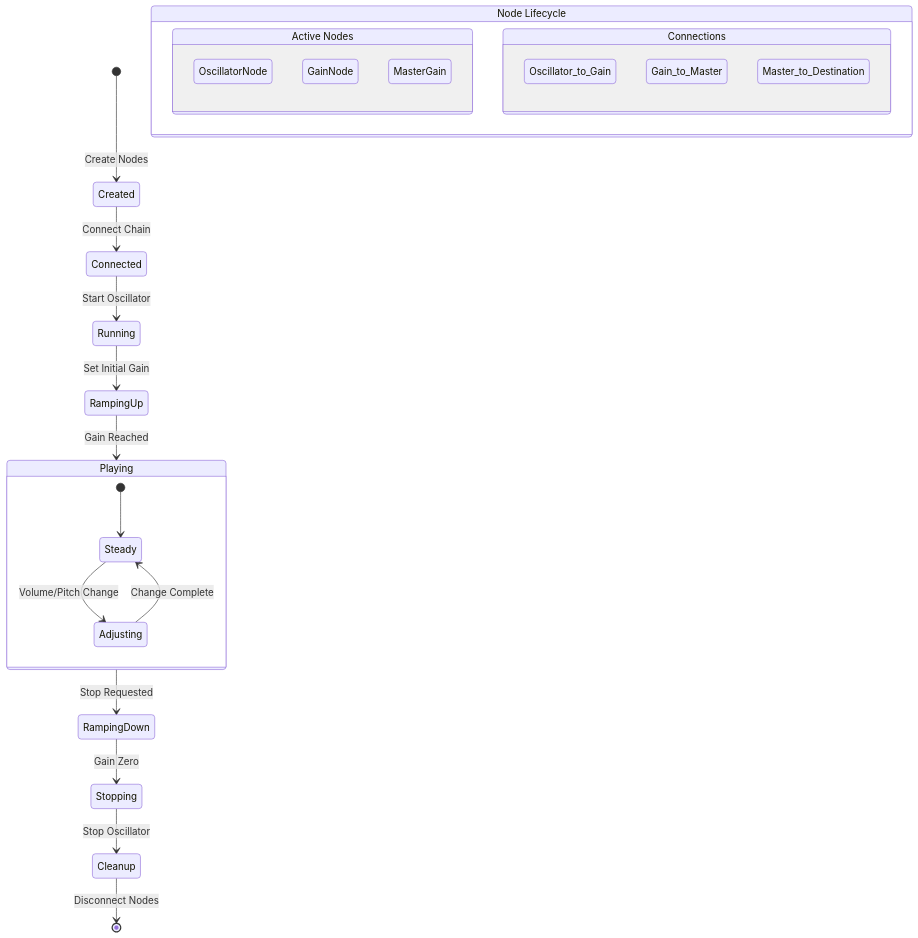
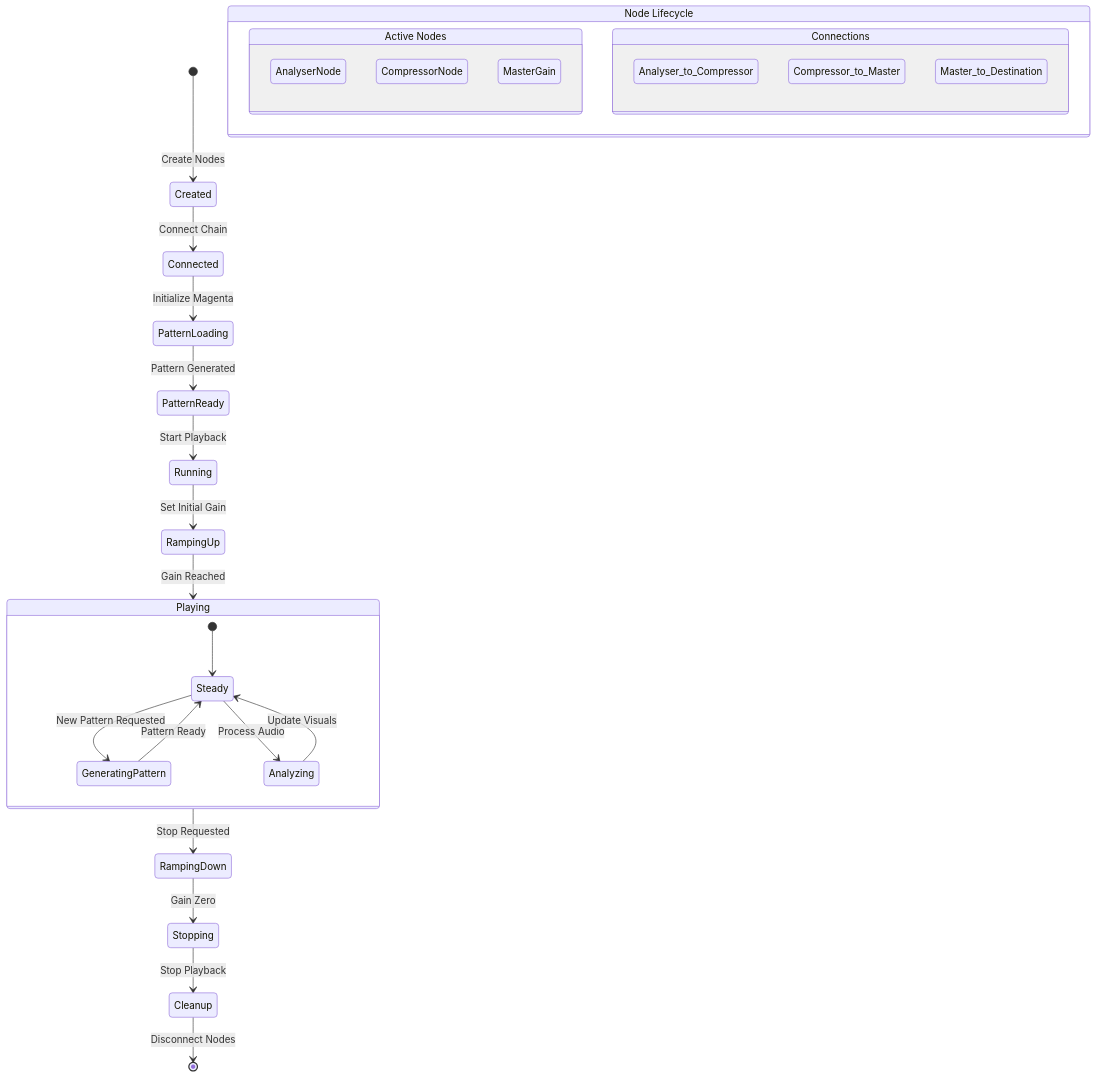
One commit to mgantlett/audio-viz changed the second of 3 diagrams in diagrams/audio-nodes-flow.md. Above: the diagram before and after it, drawn with Mermaid. The commit also changed other lines of this file and 9 other files, not shown here.

First line of the commit message:
feat(audio): enhance audio system with Magenta pattern generation

````diff
--- a/diagrams/audio-nodes-flow.md
+++ b/diagrams/audio-nodes-flow.md
@@ -49,32 +53,36 @@
 ```mermaid
 stateDiagram-v2
     [*] --> Created: Create Nodes
     Created --> Connected: Connect Chain
-    Connected --> Running: Start Oscillator
+    Connected --> PatternLoading: Initialize Magenta
+    PatternLoading --> PatternReady: Pattern Generated
+    PatternReady --> Running: Start Playback
     Running --> RampingUp: Set Initial Gain
     RampingUp --> Playing: Gain Reached
     
     Playing --> RampingDown: Stop Requested
     RampingDown --> Stopping: Gain Zero
-    Stopping --> Cleanup: Stop Oscillator
+    Stopping --> Cleanup: Stop Playback
     Cleanup --> [*]: Disconnect Nodes
 
     state Playing {
         [*] --> Steady
-        Steady --> Adjusting: Volume/Pitch Change
-        Adjusting --> Steady: Change Complete
+        Steady --> GeneratingPattern: New Pattern Requested
+        GeneratingPattern --> Steady: Pattern Ready
+        Steady --> Analyzing: Process Audio
+        Analyzing --> Steady: Update Visuals
     }
 
     state "Node Lifecycle" as NL {
         state "Active Nodes" as AN {
-            OscillatorNode
-            GainNode
+            AnalyserNode
+            CompressorNode
             MasterGain
         }
         state "Connections" as CN {
-            Oscillator_to_Gain
-            Gain_to_Master
+            Analyser_to_Compressor
+            Compressor_to_Master
             Master_to_Destination
         }
     }
 ```
````
